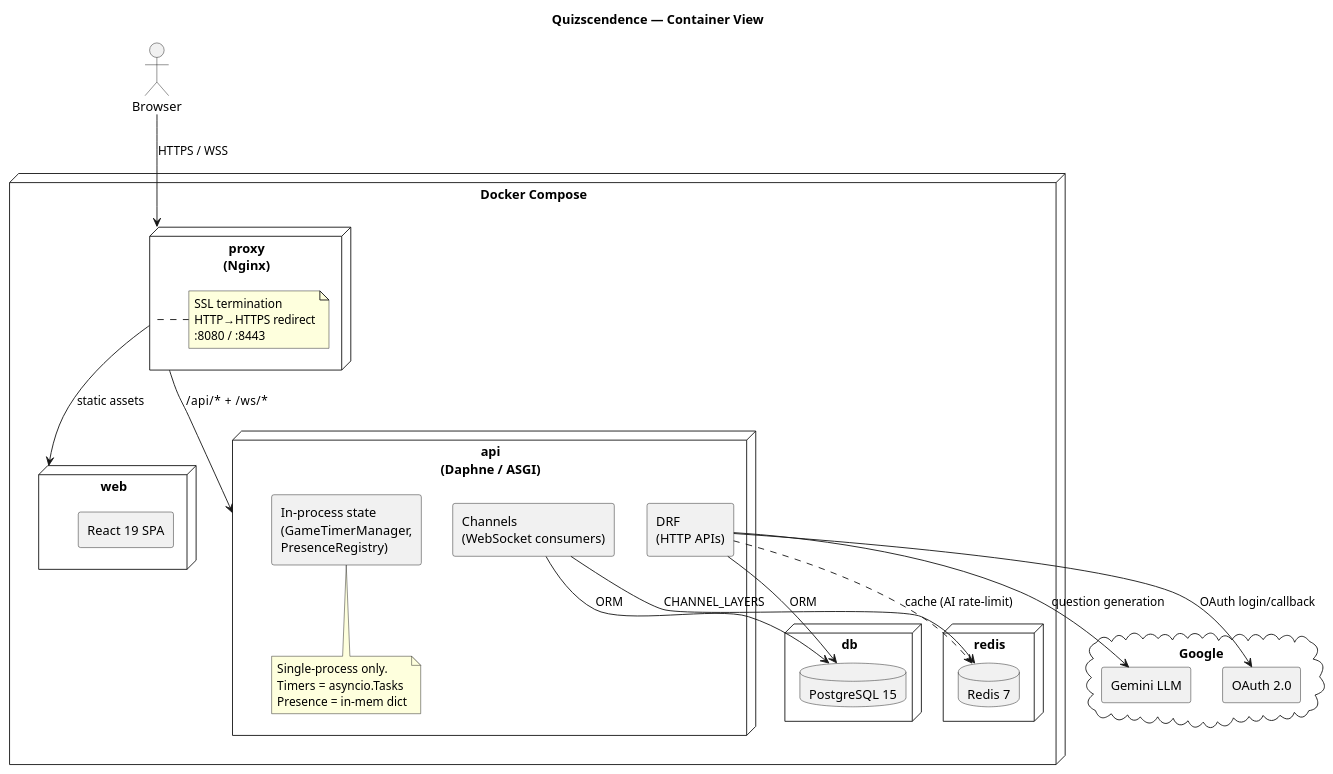
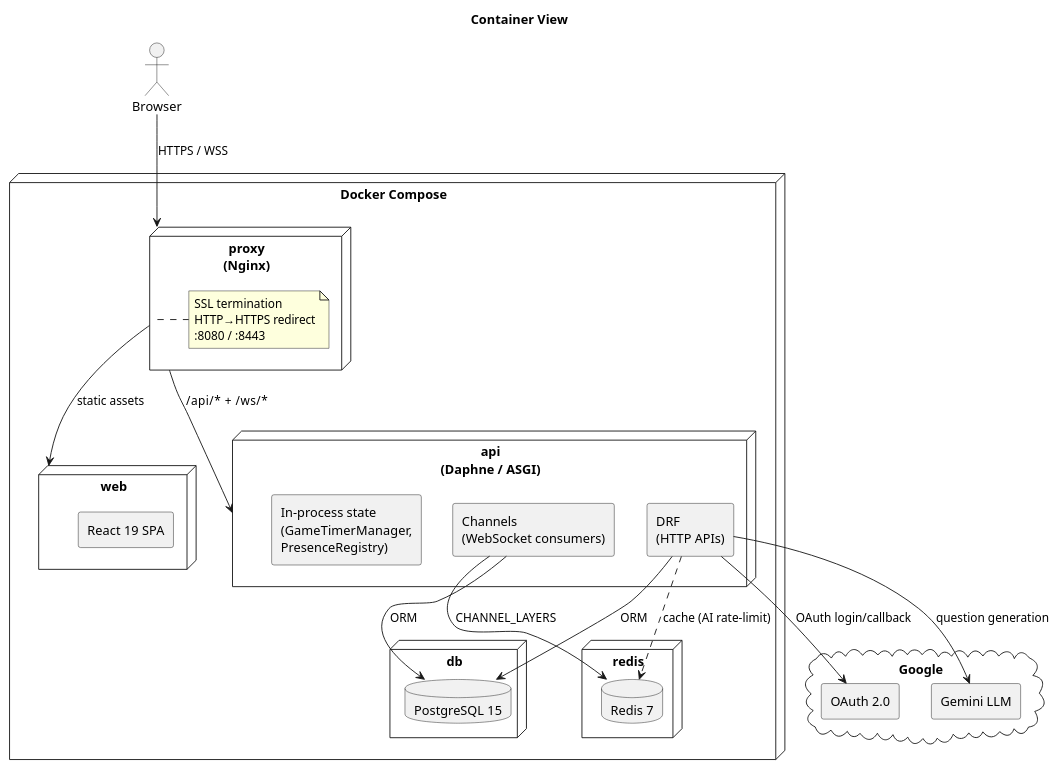
One commit to Jzackiewicz/42_ft_transcendence changed the diagram in docs/container_view.puml. Above: the diagram before and after it, drawn with PlantUML. The commit also changed 3 other files, not shown here.

Commit message:
Diagrams WIP

```diff
--- a/docs/container_view.puml
+++ b/docs/container_view.puml
@@ -1,59 +1,54 @@
 @startuml Quizscendence_DevOps
-title Quizscendence — Container View
+title Container View
 
 skinparam componentStyle rectangle
 skinparam shadowing false
 
 actor Browser as user
 
 node "Docker Compose" {
   node "proxy\n(Nginx)" as nginx {
     note right of nginx
       SSL termination
       HTTP→HTTPS redirect
       :8080 / :8443
     end note
   }
 
   node "web" as web {
     component "React 19 SPA" as spa
   }
 
   node "api\n(Daphne / ASGI)" as api {
     component "DRF\n(HTTP APIs)" as drf
     component "Channels\n(WebSocket consumers)" as channels
     component "In-process state\n(GameTimerManager,\nPresenceRegistry)" as inproc
-    note bottom of inproc
-      Single-process only.
-      Timers = asyncio.Tasks
-      Presence = in-mem dict
-    end note
   }
 
   node "db" as dbnode {
     database "PostgreSQL 15" as pg
   }
 
   node "redis" as redisnode {
     database "Redis 7" as redis
   }
 }
 
 cloud "Google" {
   component "OAuth 2.0" as goauth
   component "Gemini LLM" as gemini
 }
 
 user --> nginx : HTTPS / WSS
 nginx --> web : static assets
 nginx --> api : /api/*  +  /ws/*
 
 drf --> pg : ORM
 channels --> pg : ORM
 drf ..> redis : cache (AI rate-limit)
 channels --> redis : CHANNEL_LAYERS
 
 drf --> goauth : OAuth login/callback
 drf --> gemini : question generation
 
 @enduml
```
